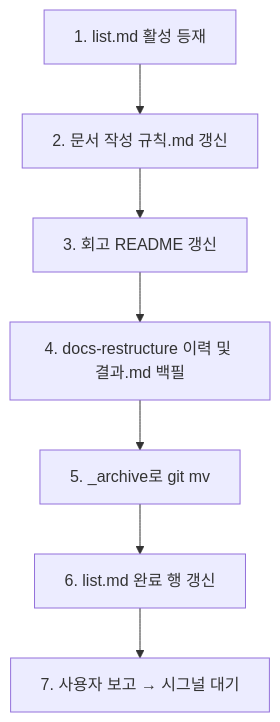
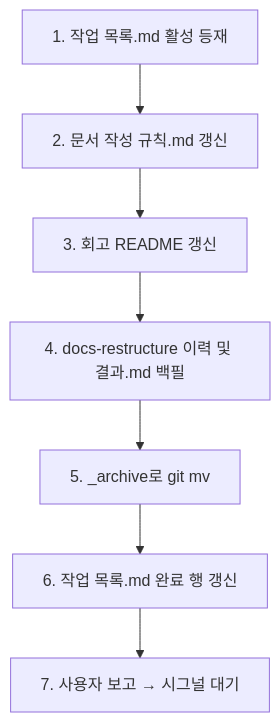
One commit to eskim-todoc/claude changed the diagram in docs/tasks/meta/20260427_policy-refinement/구현계획.md. Above: the diagram before and after it, drawn with Mermaid. The commit also changed other lines of this file and 53 other files, not shown here.

````diff
--- a/docs/tasks/meta/20260427_policy-refinement/구현계획.md
+++ b/docs/tasks/meta/20260427_policy-refinement/구현계획.md
@@ -15,9 +15,9 @@
 ```mermaid
 flowchart TD
-    A[1. list.md 활성 등재] --> B[2. 문서 작성 규칙.md 갱신]
+    A[1. 작업 목록.md 활성 등재] --> B[2. 문서 작성 규칙.md 갱신]
     B --> C[3. 회고 README 갱신]
     C --> D[4. docs-restructure 이력 및 결과.md 백필]
     D --> E[5. _archive로 git mv]
-    E --> F[6. list.md 완료 행 갱신]
+    E --> F[6. 작업 목록.md 완료 행 갱신]
     F --> G[7. 사용자 보고 → 시그널 대기]
 ```
````
